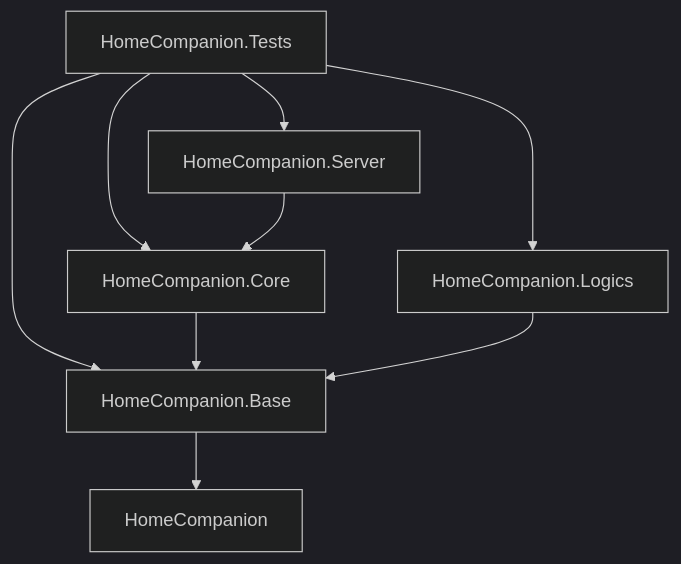
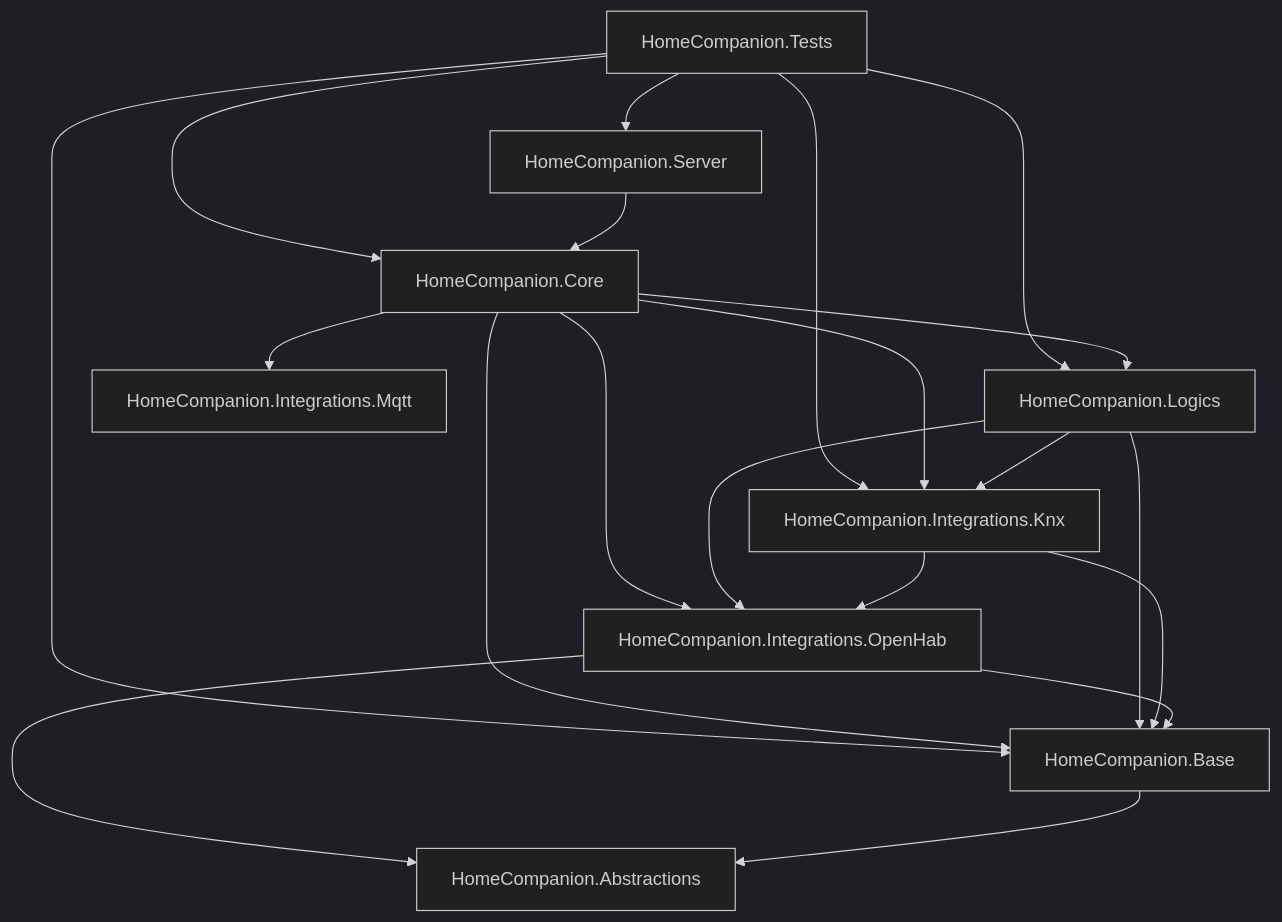
The diagram in README.md (sfuchs-eng/HomeCompanion), drawn with Mermaid (dark theme) before and after one commit. The commit also changed other lines of this file and 3 other files, not shown here.

````diff
--- a/README.md
+++ b/README.md
@@ -66,17 +68,28 @@
 ```mermaid
 graph TD
-    Tests[HomeCompanion.Tests] --> Server
-    Tests --> Core
-    Tests --> Base
-    Tests --> Logics
+  Tests[HomeCompanion.Tests] --> Server[HomeCompanion.Server]
+  Tests --> Core[HomeCompanion.Core]
+  Tests --> Base[HomeCompanion.Base]
+  Tests --> Logics[HomeCompanion.Logics]
+  Tests --> IntegrationsKnx[HomeCompanion.Integrations.Knx]
 
-    Server[HomeCompanion.Server] --> Core
+  Server --> Core
 
-    Core[HomeCompanion.Core] --> Base
+  Core --> Base
+  Core --> Logics
+  Core --> IntegrationsKnx
+  Core --> IntegrationsOpenHab[HomeCompanion.Integrations.OpenHab]
+  Core --> IntegrationsMqtt[HomeCompanion.Integrations.Mqtt]
 
-    Logics[HomeCompanion.Logics] --> Base
+  Logics --> Base
+  Logics --> IntegrationsKnx
+  Logics --> IntegrationsOpenHab
 
-    Base[HomeCompanion.Base] --> Abstractions
+  IntegrationsKnx --> Base
+  IntegrationsKnx --> IntegrationsOpenHab
 
-    Abstractions[HomeCompanion]
+  IntegrationsOpenHab --> Base
+  IntegrationsOpenHab --> Abstractions[HomeCompanion.Abstractions]
+
+  Base --> Abstractions
 ```
````
